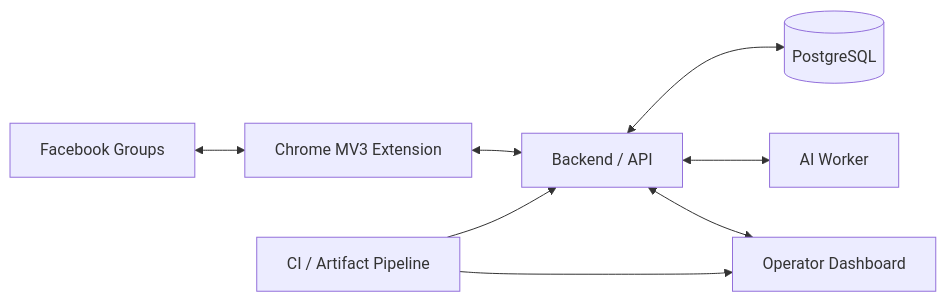
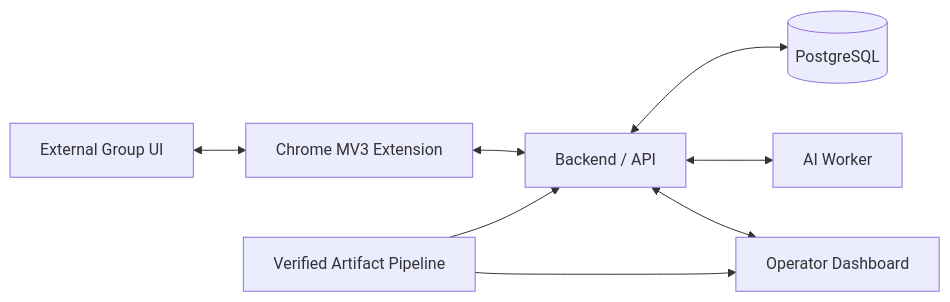
The diagram in README.md (LEVENT-AY/fb-groups-case-study), drawn with Mermaid before and after one commit. The commit also changed other lines of this file, not shown here.

````diff
--- a/README.md
+++ b/README.md
@@ -30,10 +34,10 @@
 ```mermaid
 flowchart LR
-    FB[Facebook Groups] <--> EXT[Chrome MV3 Extension]
+    FB[External Group UI] <--> EXT[Chrome MV3 Extension]
     EXT <--> API[Backend / API]
     API <--> DB[(PostgreSQL)]
     API <--> AI[AI Worker]
     API <--> DASH[Operator Dashboard]
-    CI[CI / Artifact Pipeline] --> API
+    CI[Verified Artifact Pipeline] --> API
     CI --> DASH
 ```
````
